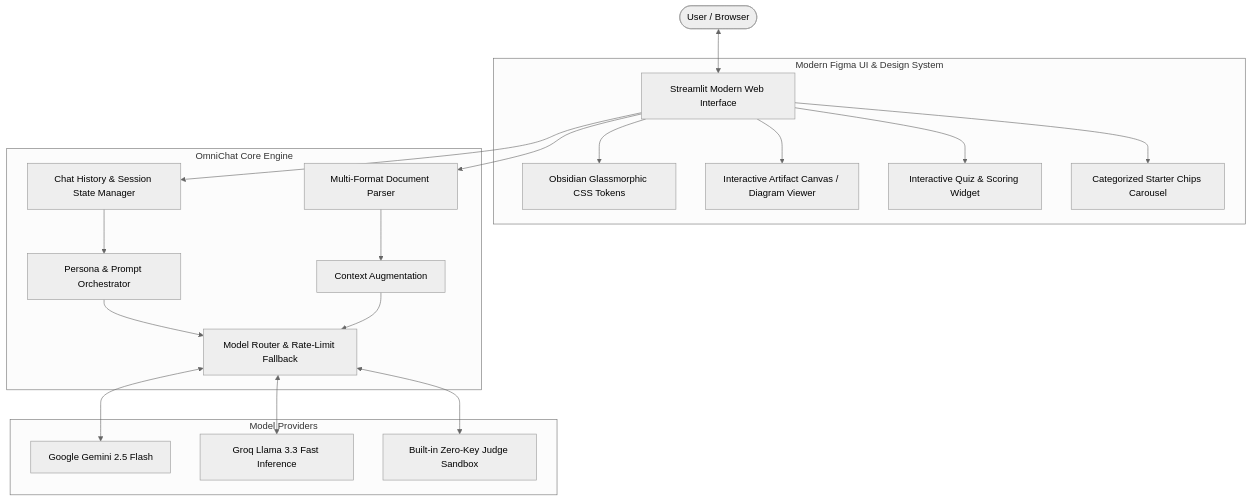
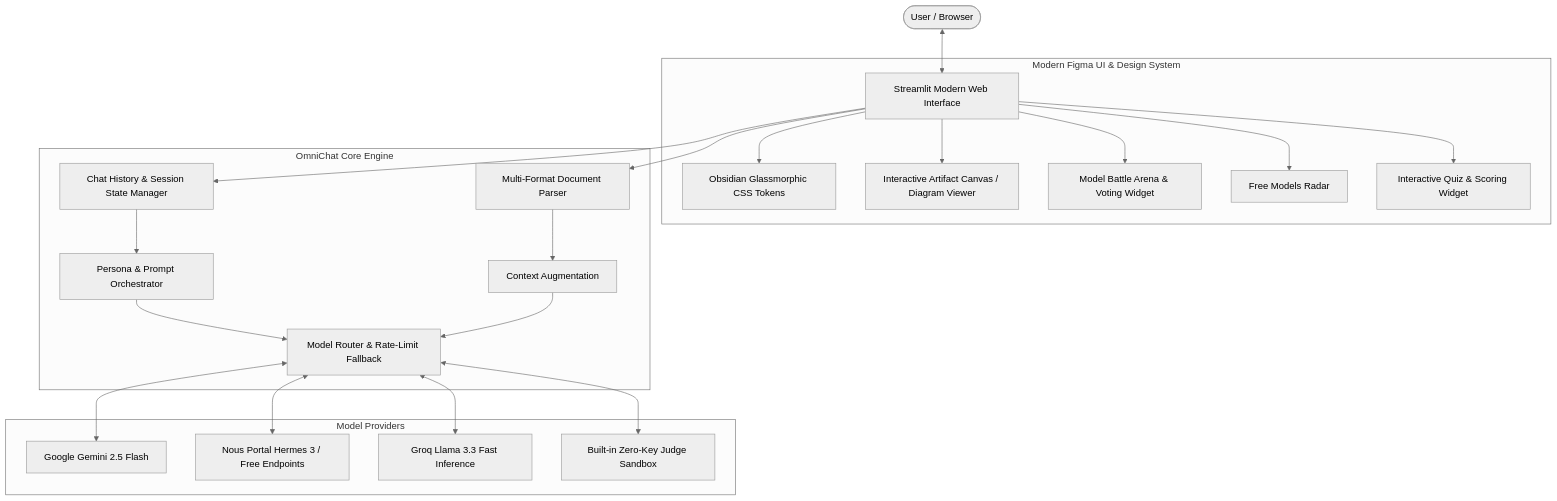
The diagram in README.md (msekhardhar-cell/First-AI-App), drawn with Mermaid (neutral theme) before and after one commit. The commit also changed other lines of this file and 2 other files, not shown here.

````diff
--- a/README.md
+++ b/README.md
@@ -33,26 +38,28 @@
 ```mermaid
 flowchart TD
     User([User / Browser]) <--> UI[Streamlit Modern Web Interface]
     
     subgraph UI_Layer ["Modern Figma UI & Design System"]
         UI --> DesignTokens[Obsidian Glassmorphic CSS Tokens]
         UI --> Canvas[Interactive Artifact Canvas / Diagram Viewer]
+        UI --> BattleArena[Model Battle Arena & Voting Widget]
+        UI --> FreeRadar[Free Models Radar]
         UI --> QuizWidget[Interactive Quiz & Scoring Widget]
-        UI --> PromptChips[Categorized Starter Chips Carousel]
     end
 
     subgraph Core_Engine ["OmniChat Core Engine"]
         UI --> StateManager[Chat History & Session State Manager]
         UI --> FileParser[Multi-Format Document Parser]
         StateManager --> PromptEngine[Persona & Prompt Orchestrator]
         FileParser --> ContextInjector[Context Augmentation]
         PromptEngine --> ModelRouter[Model Router & Rate-Limit Fallback]
         ContextInjector --> ModelRouter
     end
 
     subgraph Backends ["Model Providers"]
         ModelRouter <--> Gemini[Google Gemini 2.5 Flash]
+        ModelRouter <--> Nous[Nous Portal Hermes 3 / Free Endpoints]
         ModelRouter <--> Groq[Groq Llama 3.3 Fast Inference]
         ModelRouter <--> Sandbox[Built-in Zero-Key Judge Sandbox]
     end
 ```
````
